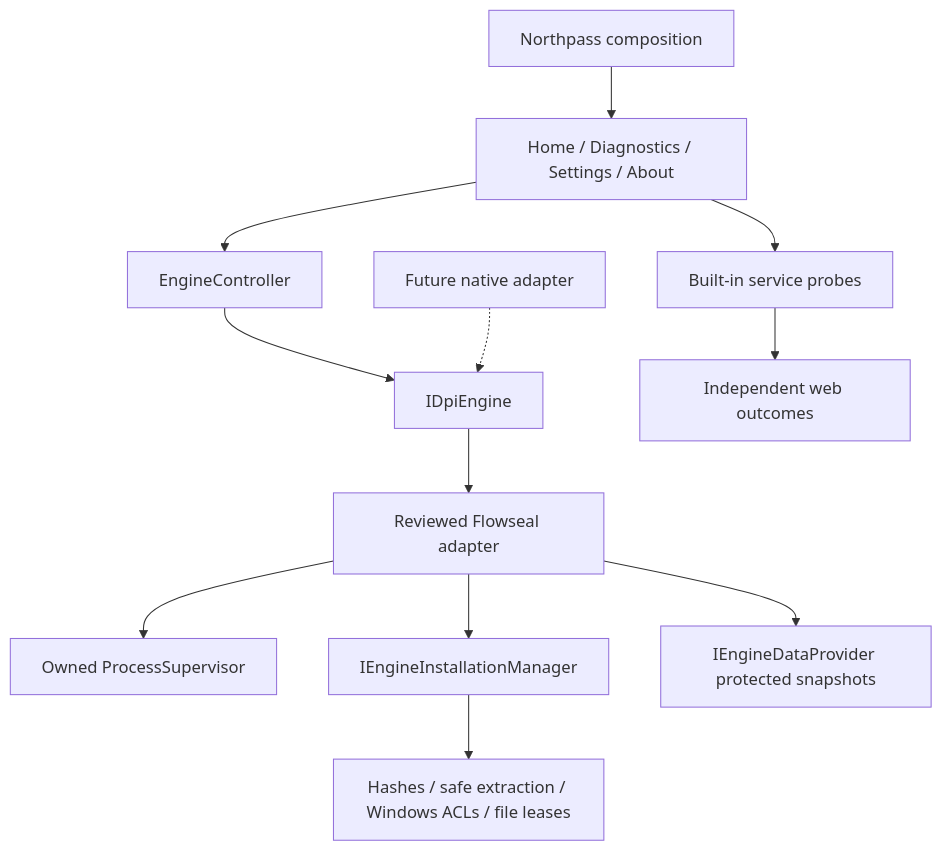
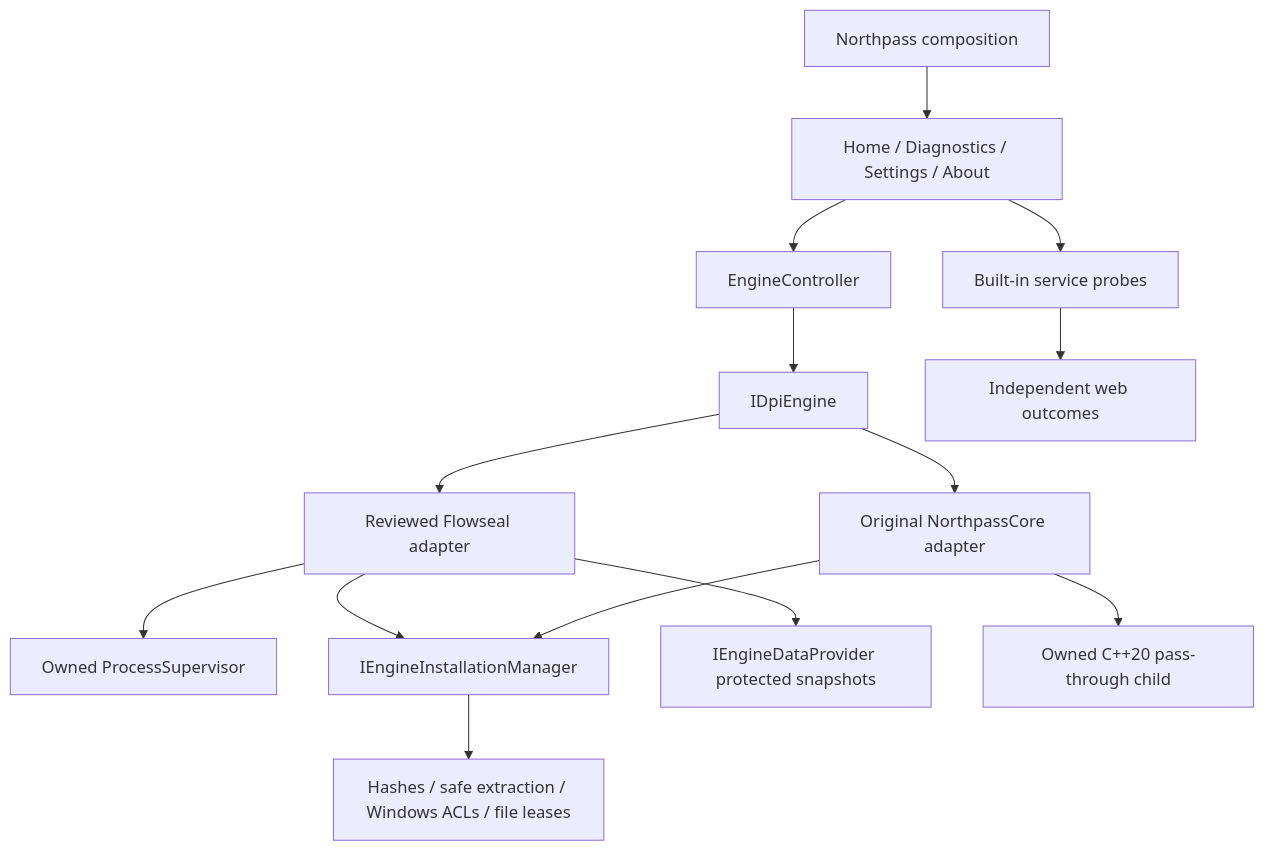
Before and after one commit to hsoltanov2007-code/zapret: the diagram in docs/ARCHITECTURE.md, drawn with Mermaid. The commit also changed other lines of this file and 48 other files, not shown here.

Commit message:
Add original NorthpassCore v0.1 pass-through engine and protected offline integration

````diff
--- a/docs/ARCHITECTURE.md
+++ b/docs/ARCHITECTURE.md
@@ -5,14 +5,16 @@
 ```mermaid
 flowchart TD
   App[Northpass composition] --> VM[Home / Diagnostics / Settings / About]
   VM --> Controller[EngineController]
   Controller --> API[IDpiEngine]
   API --> Adapter[Reviewed Flowseal adapter]
   Adapter --> Process[Owned ProcessSupervisor]
   Adapter --> Install[IEngineInstallationManager]
   Install --> Verify[Hashes / safe extraction / Windows ACLs / file leases]
   Adapter --> Data[IEngineDataProvider protected snapshots]
   VM --> Probes[Built-in service probes]
   Probes --> Cards[Independent web outcomes]
-  Future[Future native adapter] -.-> API
+  API --> Native[Original NorthpassCore adapter]
+  Native --> NativeProcess[Owned C++20 pass-through child]
+  Native --> Install
 ```
````
